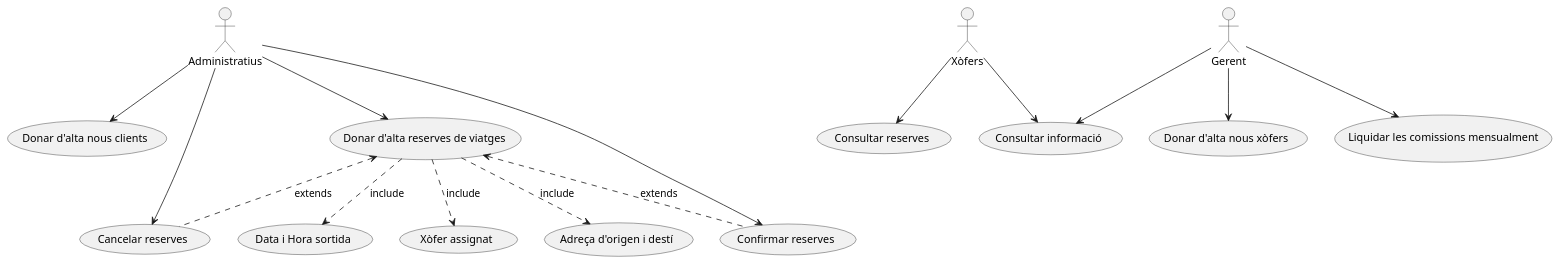
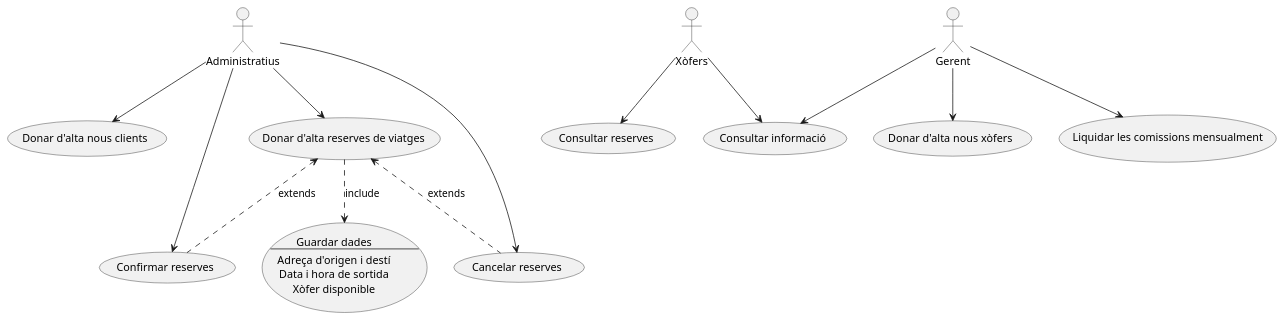
Before and after one commit to saracaparros/DAW: the diagram in M5/AEA.3.2.2. Avançat Diagrames de casos d'ús/PlantUML/RadioTaxi.puml, drawn with PlantUML. The commit also changed 1 other file, not shown here.

```diff
--- a/M5/AEA.3.2.2. Avançat Diagrames de casos d'ús/PlantUML/RadioTaxi.puml
+++ b/M5/AEA.3.2.2. Avançat Diagrames de casos d'ús/PlantUML/RadioTaxi.puml
@@ -1,25 +1,28 @@
 @startuml
 
 :Administratius: as A
 :Xòfers: as X
 :Gerent: as G
+usecase GuardarDades as "Guardar dades
+--
+Adreça d'origen i destí
+Data i hora de sortida
+Xòfer disponible"
 
 A --> (Donar d'alta nous clients)
 A --> (Donar d'alta reserves de viatges)
-(Donar d'alta reserves de viatges) ..> (Xòfer assignat) : include
-(Donar d'alta reserves de viatges) ..> (Adreça d'origen i destí) : include
-(Donar d'alta reserves de viatges) ..> (Data i Hora sortida) : include
+(Donar d'alta reserves de viatges) ..> GuardarDades : include
 A --> (Cancelar reserves)
 (Donar d'alta reserves de viatges) <.. (Cancelar reserves) : extends
 (Donar d'alta reserves de viatges) <.. (Confirmar reserves) : extends
 A --> (Confirmar reserves)
 
 X --> (Consultar reserves)
 
 G --> (Donar d'alta nous xòfers)
 G --> (Liquidar les comissions mensualment)
 G --> (Consultar informació)
 X --> (Consultar informació)
 
 
 @enduml
```
